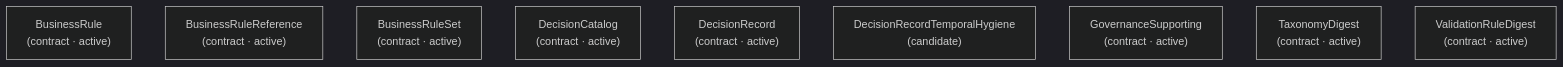
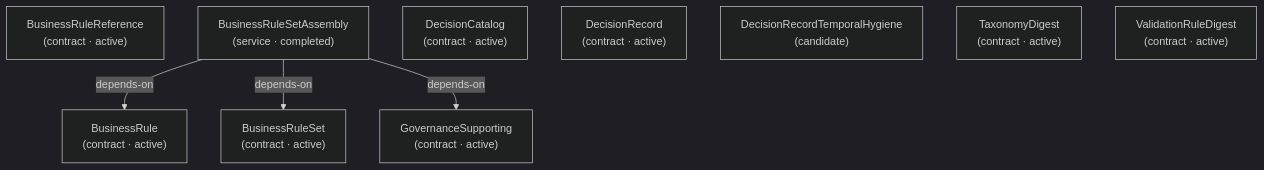
One commit to libar-dev/architect changed diagram 12 of 25 in docs-live/DESIGN-REVIEW.md. Above: the diagram before and after it, drawn with Mermaid (dark theme). The commit also changed other lines of this file and 21 other files, not shown here.

First line of the commit message:
docs(live): regenerate docs-live from the reshaped graph

````diff
--- a/docs-live/DESIGN-REVIEW.md
+++ b/docs-live/DESIGN-REVIEW.md
@@ -228,12 +317,16 @@
 ```mermaid
 graph TD
   businessrule["BusinessRule<br/>(contract · active)"]
   businessrulereference["BusinessRuleReference<br/>(contract · active)"]
   businessruleset["BusinessRuleSet<br/>(contract · active)"]
+  businessrulesetassembly["BusinessRuleSetAssembly<br/>(service · completed)"]
   decisioncatalog["DecisionCatalog<br/>(contract · active)"]
   decisionrecord["DecisionRecord<br/>(contract · active)"]
   decisionrecordtemporalhygiene["DecisionRecordTemporalHygiene<br/>(candidate)"]
   governancesupporting["GovernanceSupporting<br/>(contract · active)"]
   taxonomydigest["TaxonomyDigest<br/>(contract · active)"]
   validationruledigest["ValidationRuleDigest<br/>(contract · active)"]
+  businessrulesetassembly -->|depends-on| businessrule
+  businessrulesetassembly -->|depends-on| businessruleset
+  businessrulesetassembly -->|depends-on| governancesupporting
 ```
````
